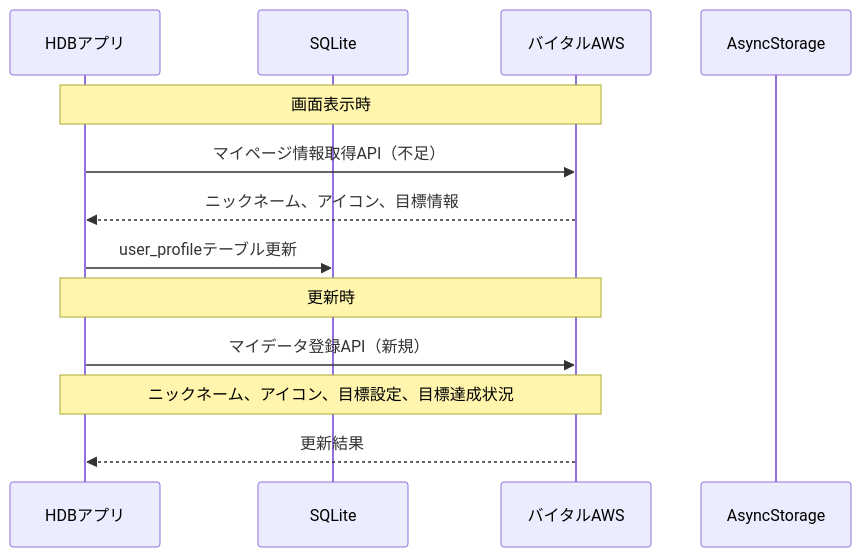
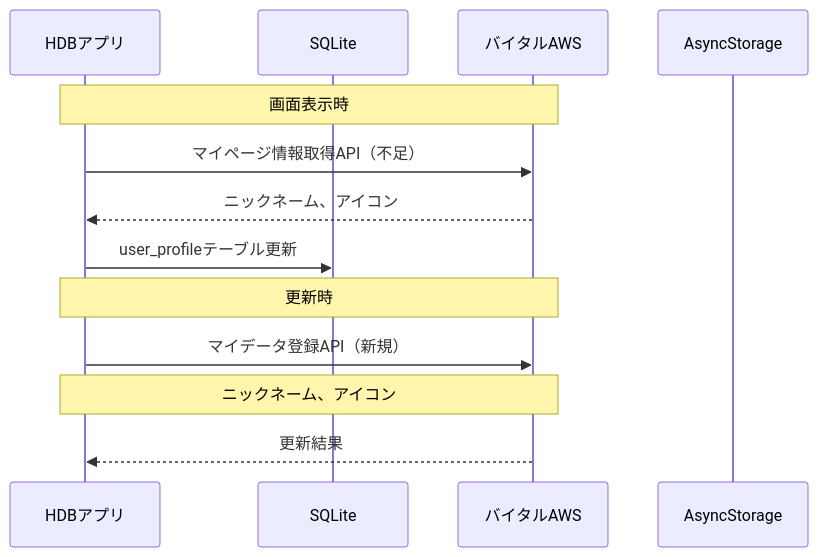
The sixth of 15 diagrams in doc/QA/画面別API通信図.md (sasaibu/hdb), drawn with Mermaid before and after one commit. The commit also changed other lines of this file and 1 other file, not shown here.

Commit message:
シーケンス図の修正 PUSH通知に関する資料追加

````diff
--- a/doc/QA/画面別API通信図.md
+++ b/doc/QA/画面別API通信図.md
@@ -139,17 +130,17 @@
 ```mermaid
 sequenceDiagram
     participant App as HDBアプリ
     participant DB as SQLite
     participant AWS as バイタルAWS
     participant Storage as AsyncStorage
     
     Note over App,AWS: 画面表示時
     App->>AWS: マイページ情報取得API（不足）
-    AWS-->>App: ニックネーム、アイコン、目標情報
+    AWS-->>App: ニックネーム、アイコン
     App->>DB: user_profileテーブル更新
     
     Note over App,AWS: 更新時
     App->>AWS: マイデータ登録API（新規）
-    Note over App,AWS: ニックネーム、アイコン、目標設定、目標達成状況
+    Note over App,AWS: ニックネーム、アイコン
     AWS-->>App: 更新結果
 ```
````
